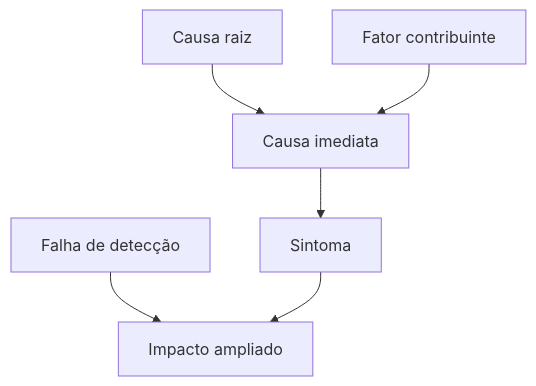
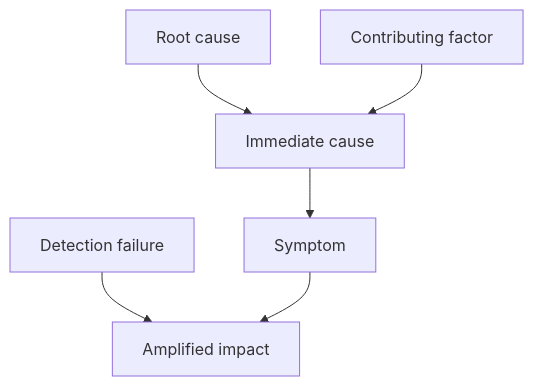
Before and after one commit to rpelizza/PelizzAI: the second of 5 diagrams in dist/.agents/skills/pelizzai-reasoning/techniques/root-cause-analysis.md, drawn with Mermaid. The commit also changed other lines of this file and 362 other files, not shown here.

````diff
--- a/dist/.agents/skills/pelizzai-reasoning/techniques/root-cause-analysis.md
+++ b/dist/.agents/skills/pelizzai-reasoning/techniques/root-cause-analysis.md
@@ -226,8 +226,8 @@
 ```mermaid
 flowchart TD
-    A[Causa raiz] --> B[Causa imediata]
-    C[Fator contribuinte] --> B
-    B --> D[Sintoma]
-    E[Falha de detecção] --> F[Impacto ampliado]
+    A[Root cause] --> B[Immediate cause]
+    C[Contributing factor] --> B
+    B --> D[Symptom]
+    E[Detection failure] --> F[Amplified impact]
     D --> F
 ```
````
